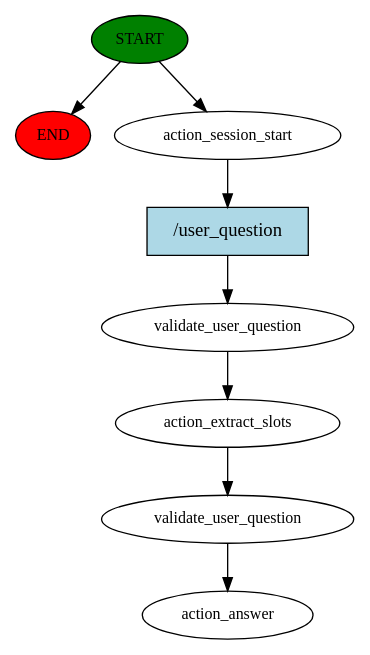
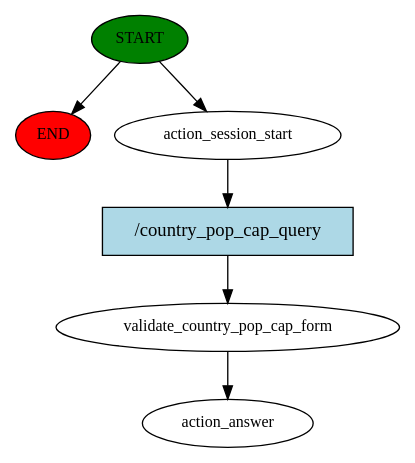
The diagram in story_graph.dot (salama4ai/Rasa-chatbot-), drawn with Graphviz before and after one commit. The commit also changed 48 other files, not shown here.

```diff
--- a/story_graph.dot
+++ b/story_graph.dot
@@ -1,17 +1,13 @@
 digraph  {
 0 [class="start active", fillcolor=green, fontsize=12, label=START, style=filled];
 "-1" [class=end, fillcolor=red, fontsize=12, label=END, style=filled];
 1 [class=active, fontsize=12, label=action_session_start];
-2 [class=active, fontsize=12, label=validate_user_question];
-3 [class=active, fontsize=12, label=action_extract_slots];
-4 [class=active, fontsize=12, label=validate_user_question];
-5 [class="dashed active", fontsize=12, label=action_answer];
-6 [class="intent active", fillcolor=lightblue, label="/user_question", shape=rect, style=filled];
+2 [class=active, fontsize=12, label=validate_country_pop_cap_form];
+3 [class="dashed active", fontsize=12, label=action_answer];
+4 [class="intent active", fillcolor=lightblue, label="/country_pop_cap_query", shape=rect, style=filled];
 0 -> "-1"  [class="", key=NONE, label=""];
 0 -> 1  [class=active, key=NONE, label=""];
-1 -> 6  [class=active, key=0];
+1 -> 4  [class=active, key=0];
 2 -> 3  [class=active, key=NONE, label=""];
-3 -> 4  [class=active, key=NONE, label=""];
-4 -> 5  [class=active, key=NONE, label=""];
-6 -> 2  [class=active, key=0];
+4 -> 2  [class=active, key=0];
 }
```
